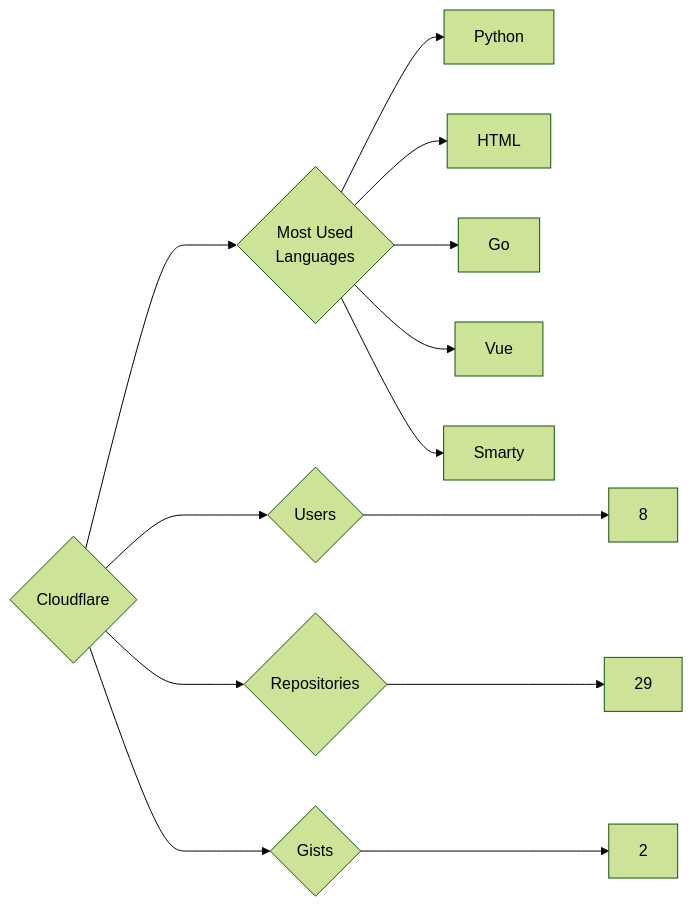
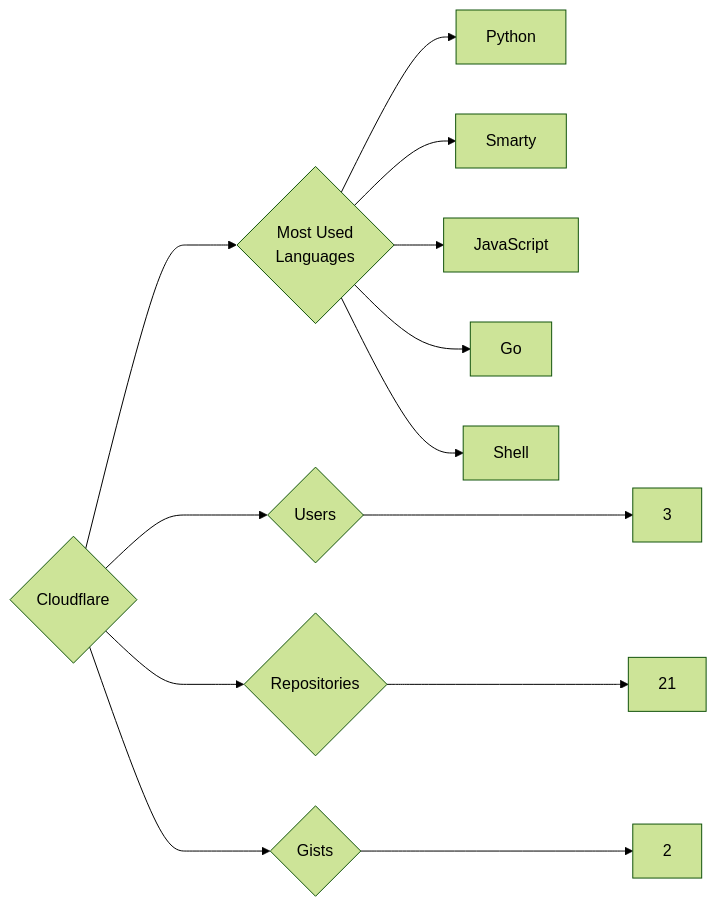
The diagram in targets/Cloudflare/README.md (trickest/insiders), drawn with Mermaid (forest theme) before and after one commit. The commit also changed 859 other files, not shown here.

````diff
--- a/targets/Cloudflare/README.md
+++ b/targets/Cloudflare/README.md
@@ -3,13 +3,13 @@
 ```mermaid
 graph LR
 COMPANY_NAME{Cloudflare}
-COMPANY_NAME ---> U{Users} ---> UN[8]
-COMPANY_NAME ---> R{Repositories} ---> RN[29]
+COMPANY_NAME ---> U{Users} ---> UN[3]
+COMPANY_NAME ---> R{Repositories} ---> RN[21]
 COMPANY_NAME ---> G{Gists} ---> GN[2]
 COMPANY_NAME ---> ML{Most Used<br>Languages}
 ML --> Python[Python]
-ML --> HTML[HTML]
+ML --> Smarty[Smarty]
+ML --> JavaScript[JavaScript]
 ML --> Go[Go]
-ML --> Vue[Vue]
-ML --> Smarty[Smarty]
+ML --> Shell[Shell]
 ```
````
